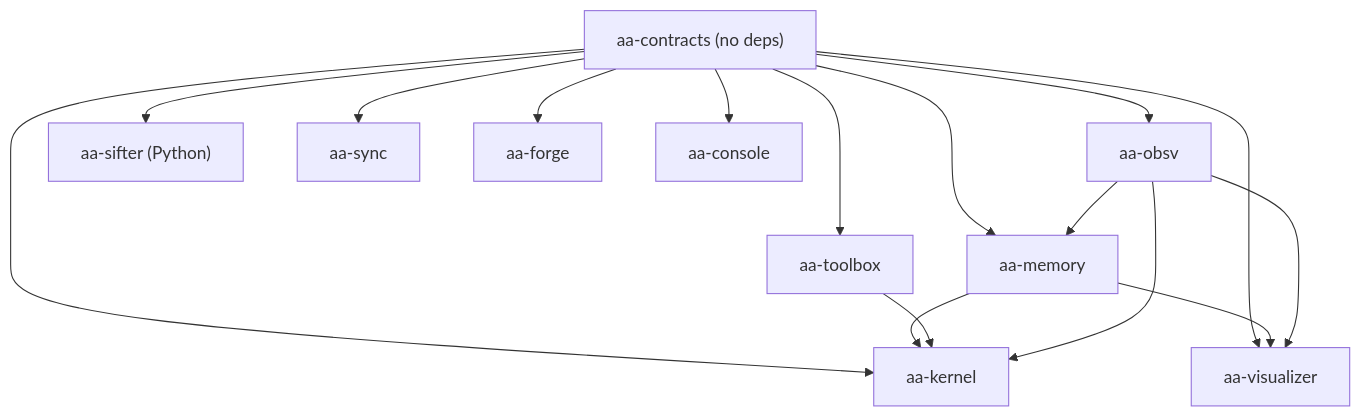
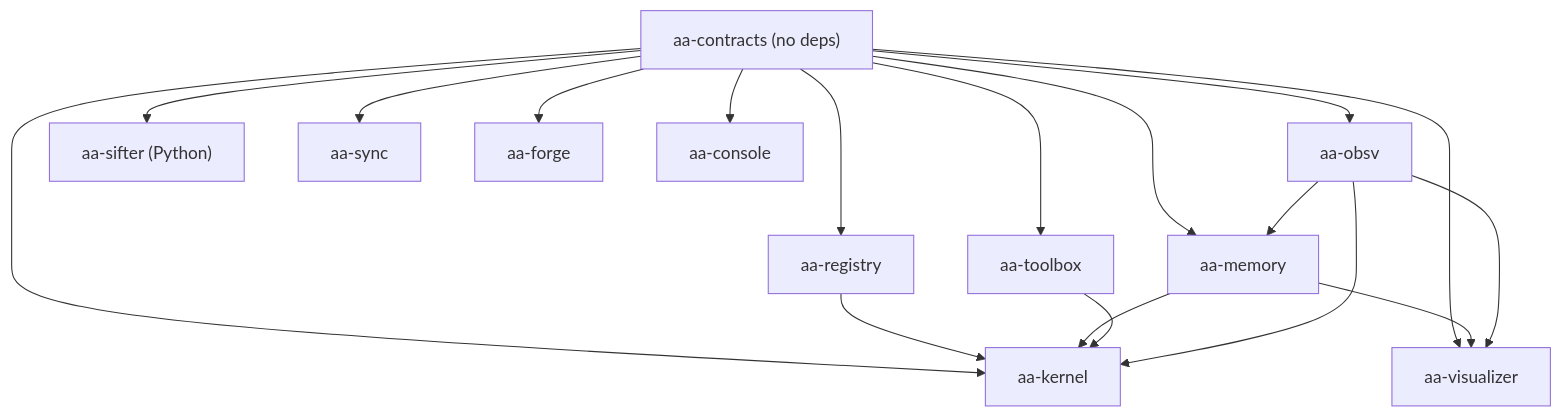
The third of 6 diagrams in docs/architecture/README.md (greadee/aa), drawn with Mermaid before and after one commit. The commit also changed other lines of this file and 27 other files, not shown here.

````diff
--- a/docs/architecture/README.md
+++ b/docs/architecture/README.md
@@ -180,29 +186,32 @@
 ```mermaid
 flowchart TD
     contracts["aa-contracts (no deps)"]
+    registry["aa-registry"]
     obsv["aa-obsv"]
     memory["aa-memory"]
     sifter["aa-sifter (Python)"]
     sync["aa-sync"]
     toolbox["aa-toolbox"]
     forge["aa-forge"]
     kernel["aa-kernel"]
     visualizer["aa-visualizer"]
     console["aa-console"]
 
+    contracts --> registry
     contracts --> obsv
     contracts --> memory
     contracts --> sifter
     contracts --> sync
     contracts --> toolbox
     contracts --> forge
     contracts --> kernel
     contracts --> visualizer
     contracts --> console
+    registry --> kernel
     obsv --> memory
     memory --> kernel
     toolbox --> kernel
     obsv --> kernel
     memory --> visualizer
     obsv --> visualizer
 ```
````
